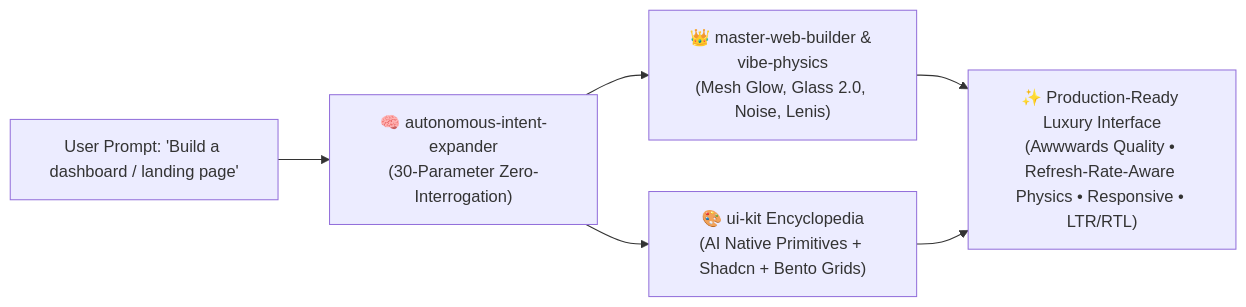
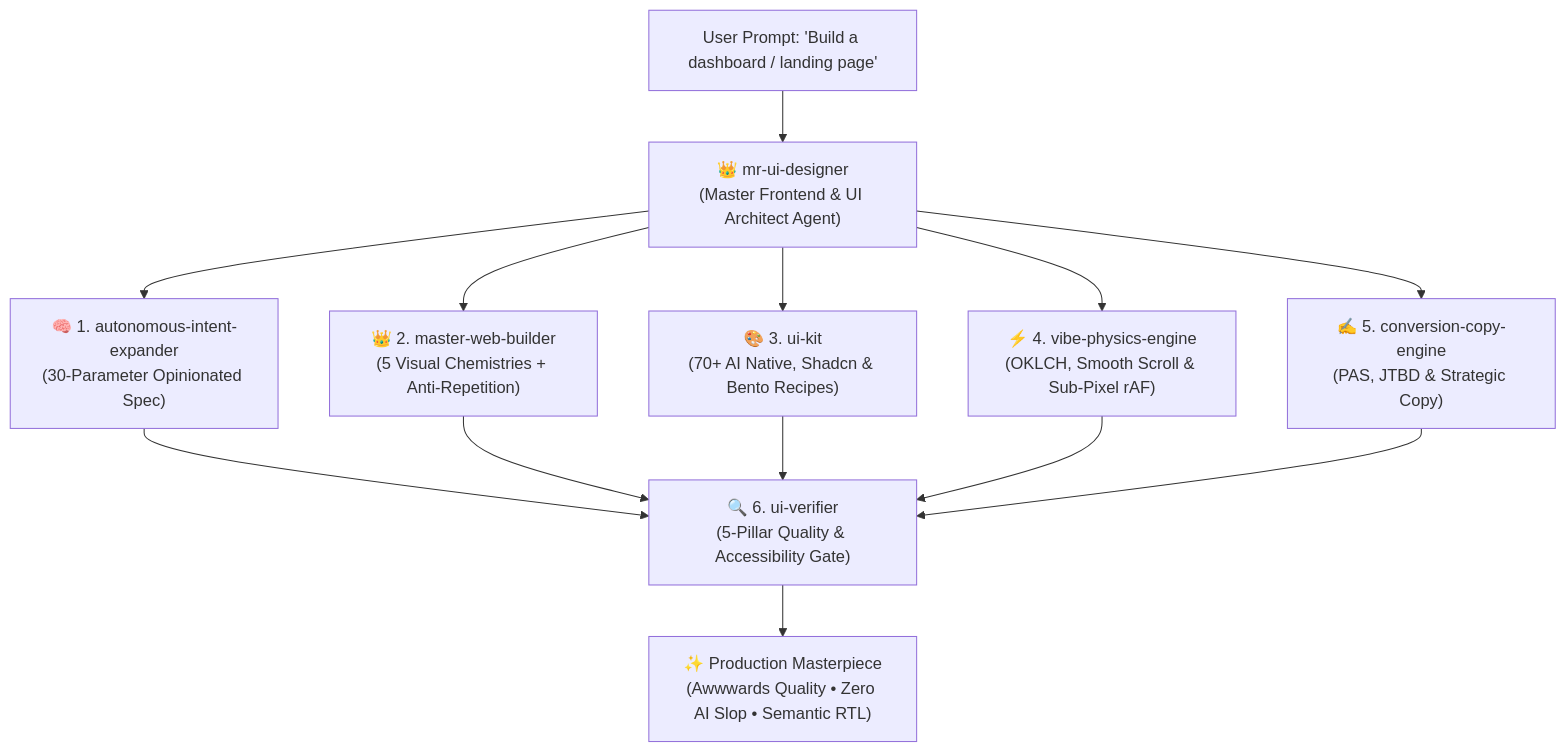
Before and after one commit to omid-io/vibe-ui-skills: the diagram in README.md, drawn with Mermaid. The commit also changed other lines of this file and 1 other file, not shown here.

Commit message:
docs: feature mr-ui-designer as master orchestrator agent in English and Persian READMEs

````diff
--- a/README.md
+++ b/README.md
@@ -48,7 +48,11 @@
 ```mermaid
-flowchart LR
-    UserPrompt["User Prompt: 'Build a dashboard / landing page'"] --> Expander["🧠 autonomous-intent-expander\n(30-Parameter Zero-Interrogation)"]
-    Expander --> VisualEngine["👑 master-web-builder & vibe-physics\n(Mesh Glow, Glass 2.0, Noise, Lenis)"]
-    Expander --> ComponentCatalog["🎨 ui-kit Encyclopedia\n(AI Native Primitives + Shadcn + Bento Grids)"]
-    VisualEngine & ComponentCatalog --> Masterpiece["✨ Production-Ready Luxury Interface\n(Awwwards Quality • Refresh-Rate-Aware Physics • Responsive • LTR/RTL)"]
+flowchart TD
+    UserPrompt["User Prompt: 'Build a dashboard / landing page'"] --> MasterAgent["👑 mr-ui-designer\n(Master Frontend & UI Architect Agent)"]
+    MasterAgent --> Expander["🧠 1. autonomous-intent-expander\n(30-Parameter Opinionated Spec)"]
+    MasterAgent --> VisualEngine["👑 2. master-web-builder\n(5 Visual Chemistries + Anti-Repetition)"]
+    MasterAgent --> UIComponents["🎨 3. ui-kit\n(70+ AI Native, Shadcn & Bento Recipes)"]
+    MasterAgent --> Physics["⚡ 4. vibe-physics-engine\n(OKLCH, Smooth Scroll & Sub-Pixel rAF)"]
+    MasterAgent --> Copy["✍️ 5. conversion-copy-engine\n(PAS, JTBD & Strategic Copy)"]
+    Expander & VisualEngine & UIComponents & Physics & Copy --> Verifier["🔍 6. ui-verifier\n(5-Pillar Quality & Accessibility Gate)"]
+    Verifier --> Masterpiece["✨ Production Masterpiece\n(Awwwards Quality • Zero AI Slop • Semantic RTL)"]
 ```
````
